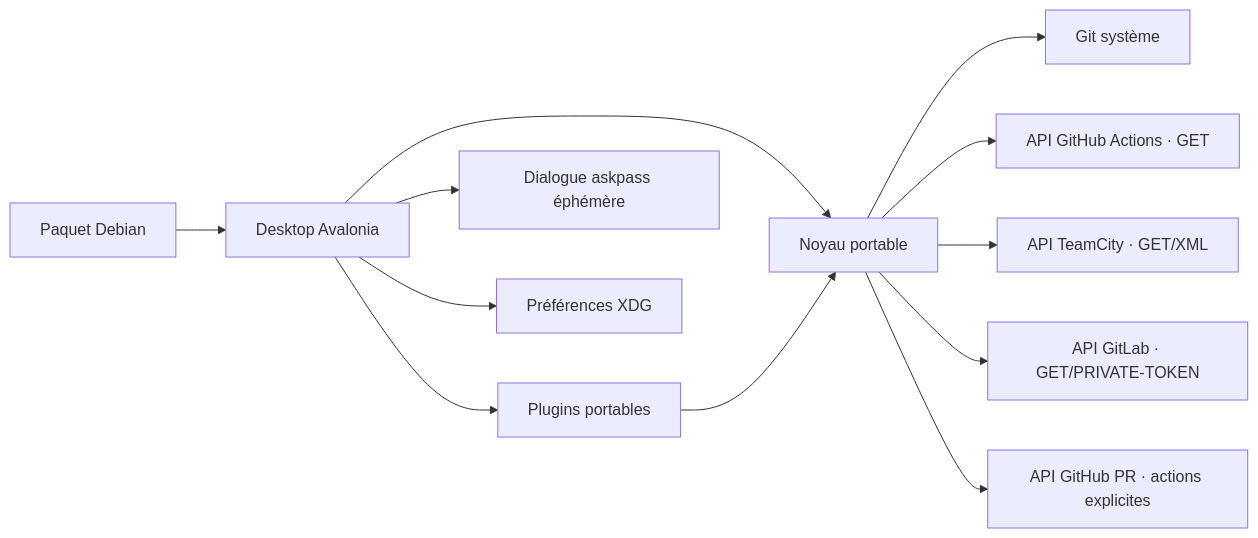
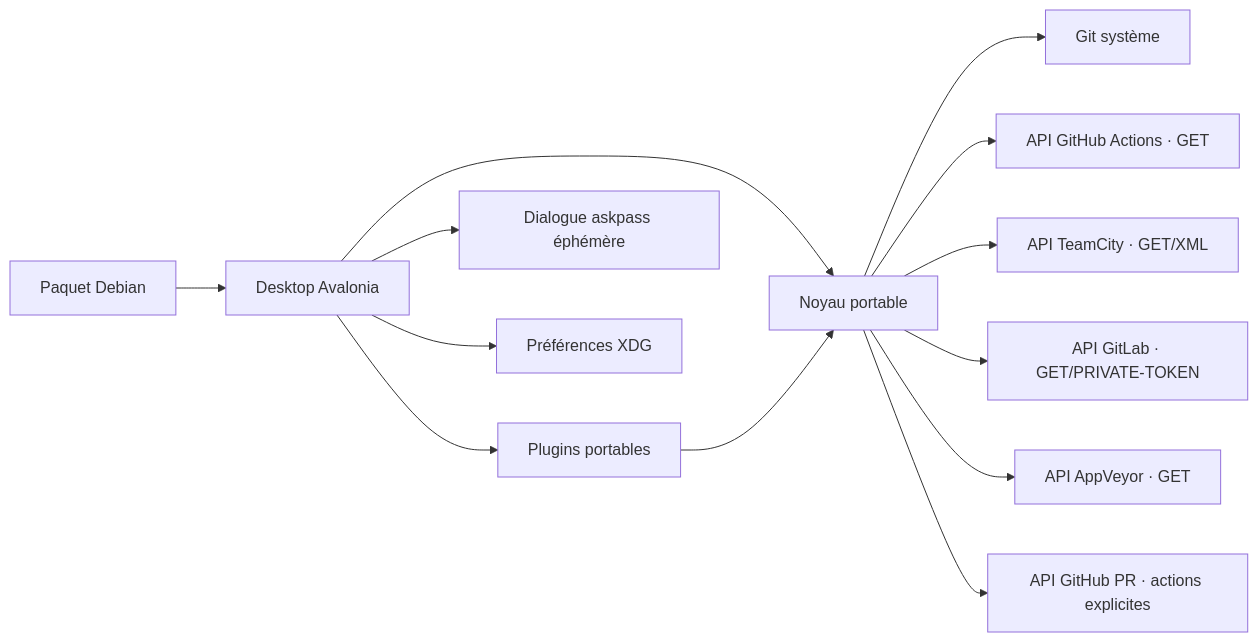
One commit to Azreal42/gitextensions changed the second of 2 diagrams in .agents/docs/c4.md. Above: the diagram before and after it, drawn with Mermaid. The commit also changed other lines of this file and 10 other files, not shown here.

Commit message:
docs(linux): record verified AppVeyor port and package

````diff
--- a/.agents/docs/c4.md
+++ b/.agents/docs/c4.md
@@ -19,14 +19,15 @@
 ```mermaid
 flowchart LR
   UI[Desktop Avalonia] --> CORE[Noyau portable]
   CORE --> CLI[Git système]
   CORE --> ACTIONS[API GitHub Actions · GET]
   CORE --> TEAMCITY[API TeamCity · GET/XML]
   CORE --> GITLAB[API GitLab · GET/PRIVATE-TOKEN]
+  CORE --> APPVEYOR[API AppVeyor · GET]
   CORE --> HOSTING[API GitHub PR · actions explicites]
   UI --> PLUGINS[Plugins portables]
   PLUGINS --> CORE
   UI --> AUTH[Dialogue askpass éphémère]
   UI --> XDG[Préférences XDG]
   DEB[Paquet Debian] --> UI
 ```
````
